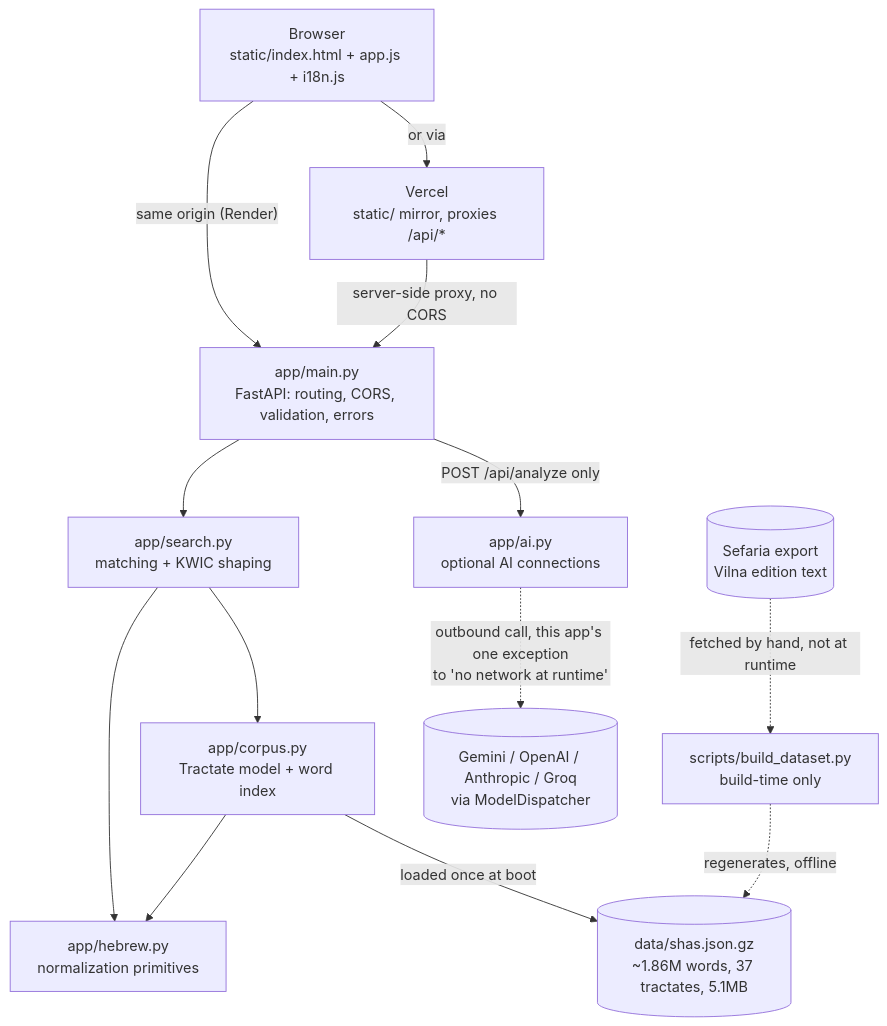
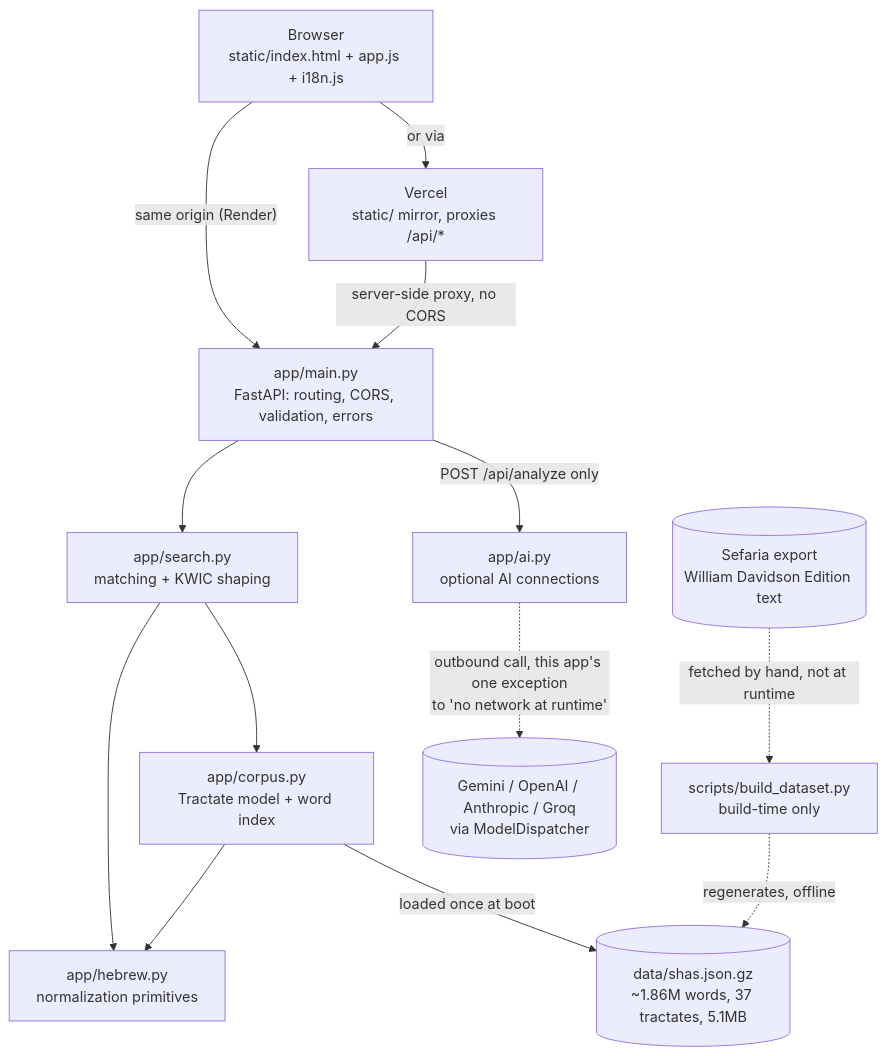
Before and after one commit to joka-7/shas-radar: the first of 2 diagrams in docs/HLD.md, drawn with Mermaid. The commit also changed 5 other files, not shown here.

````diff
--- a/docs/HLD.md
+++ b/docs/HLD.md
@@ -43,27 +43,27 @@
 ```mermaid
 flowchart TD
     Browser["Browser<br/>static/index.html + app.js + i18n.js"]
     Vercel["Vercel<br/>static/ mirror, proxies /api/*"]
     Main["app/main.py<br/>FastAPI: routing, CORS, validation, errors"]
     Search["app/search.py<br/>matching + KWIC shaping"]
     Corpus["app/corpus.py<br/>Tractate model + word index"]
     Hebrew["app/hebrew.py<br/>normalization primitives"]
     AI["app/ai.py<br/>optional AI connections"]
     Data[("data/shas.json.gz<br/>~1.86M words, 37 tractates, 5.1MB")]
     Build["scripts/build_dataset.py<br/>build-time only"]
-    Sefaria[("Sefaria export<br/>Vilna edition text")]
+    Sefaria[("Sefaria export<br/>William Davidson Edition text")]
     Vendor[("Gemini / OpenAI / Anthropic / Groq<br/>via ModelDispatcher")]
 
     Browser -->|"same origin (Render)"| Main
     Browser -->|"or via"| Vercel
     Vercel -->|"server-side proxy, no CORS"| Main
     Main --> Search
     Main -->|"POST /api/analyze only"| AI
     Search --> Corpus
     Search --> Hebrew
     Corpus --> Hebrew
     Corpus -->|"loaded once at boot"| Data
     AI -.->|"outbound call, this app's one exception<br/>to 'no network at runtime'"| Vendor
     Build -.->|"regenerates, offline"| Data
     Sefaria -.->|"fetched by hand, not at runtime"| Build
 ```
````
